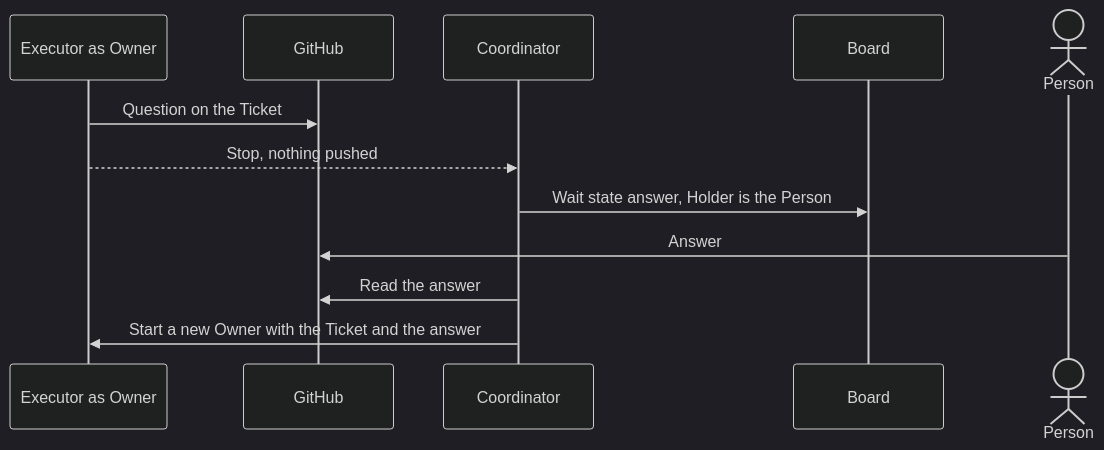
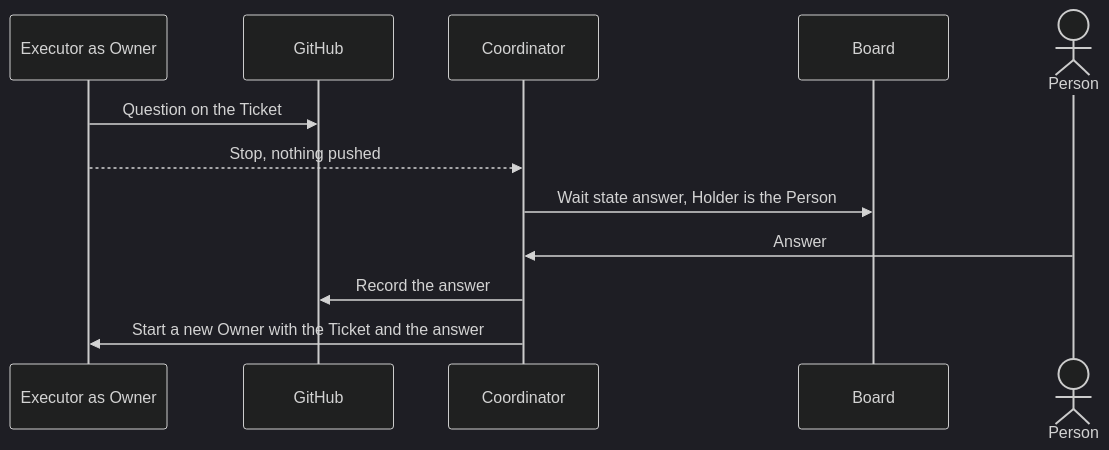
One commit to maro114510/skills changed the fifth of 5 diagrams in docs/design/development-pipeline.md. Above: the diagram before and after it, drawn with Mermaid (dark theme). The commit also changed other lines of this file and 3 other files, not shown here.

````diff
--- a/docs/design/development-pipeline.md
+++ b/docs/design/development-pipeline.md
@@ -155,14 +155,14 @@
 ```mermaid
 sequenceDiagram
     participant O as Executor as Owner
     participant G as GitHub
     participant R as Coordinator
     participant B as Board
     actor P as Person
     O->>G: Question on the Ticket
     O-->>R: Stop, nothing pushed
     R->>B: Wait state answer, Holder is the Person
-    P->>G: Answer
-    R->>G: Read the answer
+    P->>R: Answer
+    R->>G: Record the answer
     R->>O: Start a new Owner with the Ticket and the answer
 ```
````
